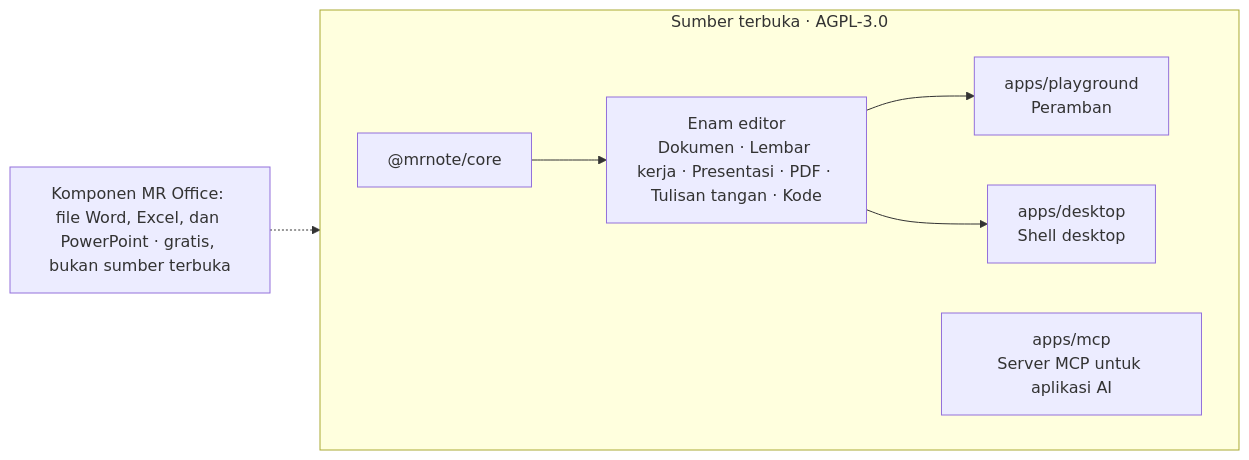
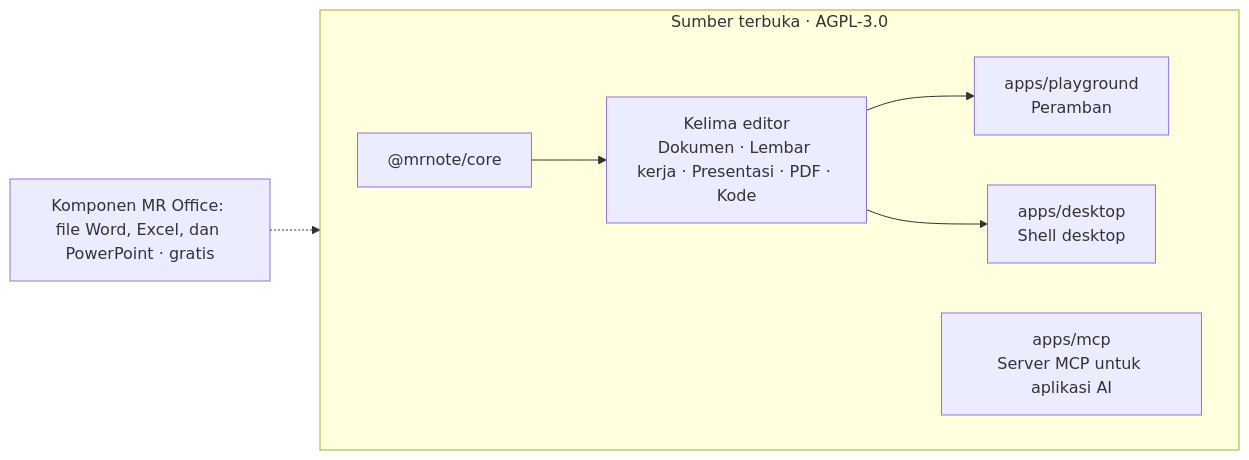
One commit to WhaleChao/MROffice changed the diagram in i18n/README.id.md. Above: the diagram before and after it, drawn with Mermaid. The commit also changed other lines of this file and 621 other files, not shown here.

````diff
--- a/i18n/README.id.md
+++ b/i18n/README.id.md
@@ -130,11 +128,11 @@
 ```mermaid
 flowchart LR
   subgraph OSS["Sumber terbuka · AGPL-3.0"]
     direction LR
-    core["@mrnote/core"] --> E["Enam editor<br/>Dokumen · Lembar kerja · Presentasi · PDF · Tulisan tangan · Kode"]
+    core["@mrnote/core"] --> E["Kelima editor<br/>Dokumen · Lembar kerja · Presentasi · PDF · Kode"]
     E --> PG["apps/playground<br/>Peramban"]
     E --> DS["apps/desktop<br/>Shell desktop"]
     MCP["apps/mcp<br/>Server MCP untuk aplikasi AI"]
   end
-  COMP["Komponen MR Office: file Word, Excel, dan PowerPoint · gratis, bukan sumber terbuka"] -.-> DS
+  COMP["Komponen MR Office: file Word, Excel, dan PowerPoint · gratis"] -.-> DS
 ```
````
